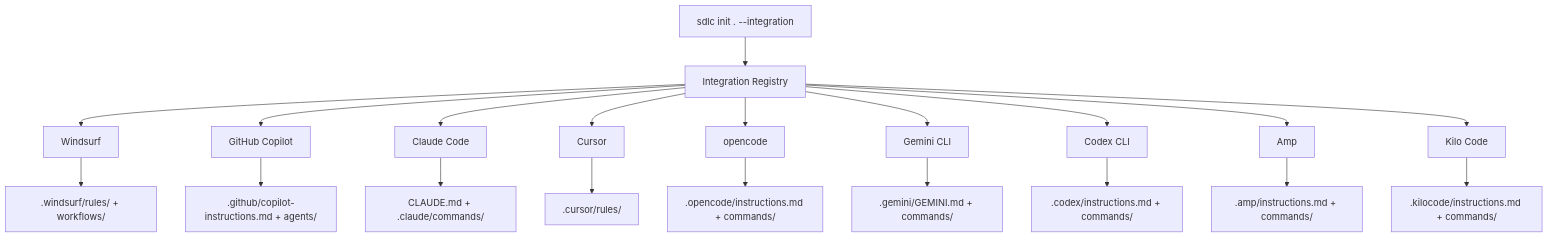
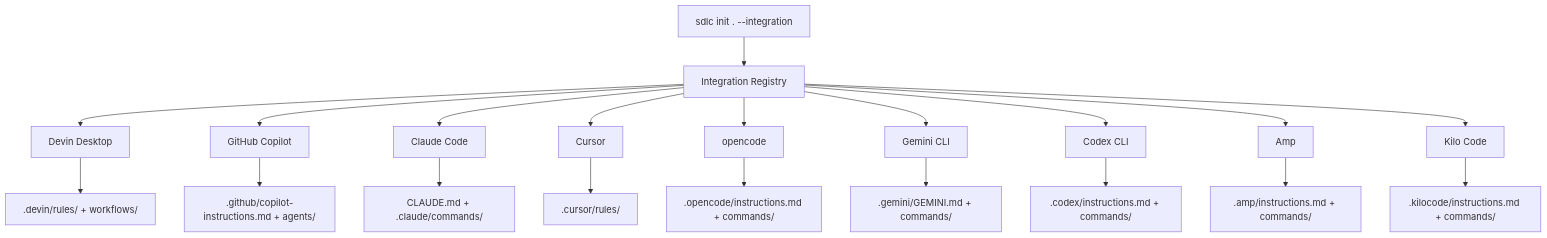
One commit to bitbitcodes/autonomous-sdlc changed the first of 2 diagrams in docs/ide-integrations.md. Above: the diagram before and after it, drawn with Mermaid. The commit also changed other lines of this file and 131 other files, not shown here.

````diff
--- a/docs/ide-integrations.md
+++ b/docs/ide-integrations.md
@@ -7,24 +7,24 @@
 ```mermaid
 graph TD
     CLI["sdlc init . --integration <key>"] --> REG["Integration Registry"]
 
-    REG --> W[Windsurf]
+    REG --> W[Devin Desktop]
     REG --> CO[GitHub Copilot]
     REG --> CL[Claude Code]
     REG --> CU[Cursor]
     REG --> OC[opencode]
     REG --> GE[Gemini CLI]
     REG --> CD[Codex CLI]
     REG --> AM[Amp]
     REG --> KI[Kilo Code]
 
-    W --> WF[".windsurf/rules/ + workflows/"]
+    W --> WF[".devin/rules/ + workflows/"]
     CO --> COF[".github/copilot-instructions.md + agents/"]
     CL --> CLF["CLAUDE.md + .claude/commands/"]
     CU --> CUF[".cursor/rules/"]
     OC --> OCF[".opencode/instructions.md + commands/"]
     GE --> GEF[".gemini/GEMINI.md + commands/"]
     CD --> CDF[".codex/instructions.md + commands/"]
     AM --> AMF[".amp/instructions.md + commands/"]
     KI --> KIF[".kilocode/instructions.md + commands/"]
 ```
````
